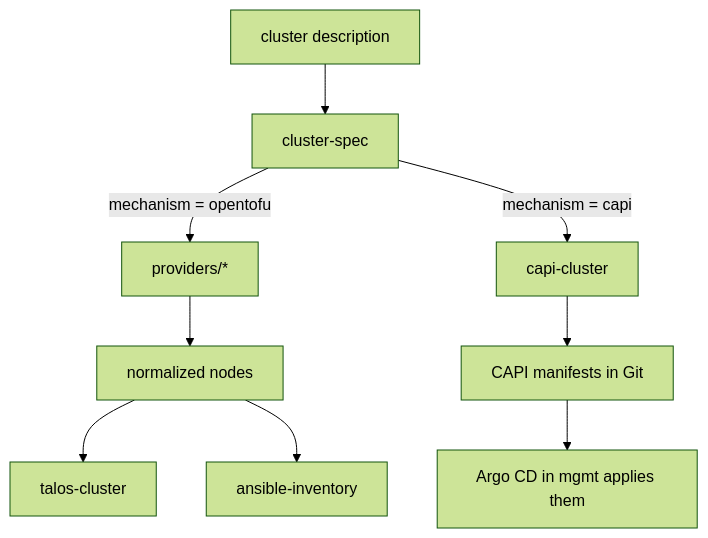
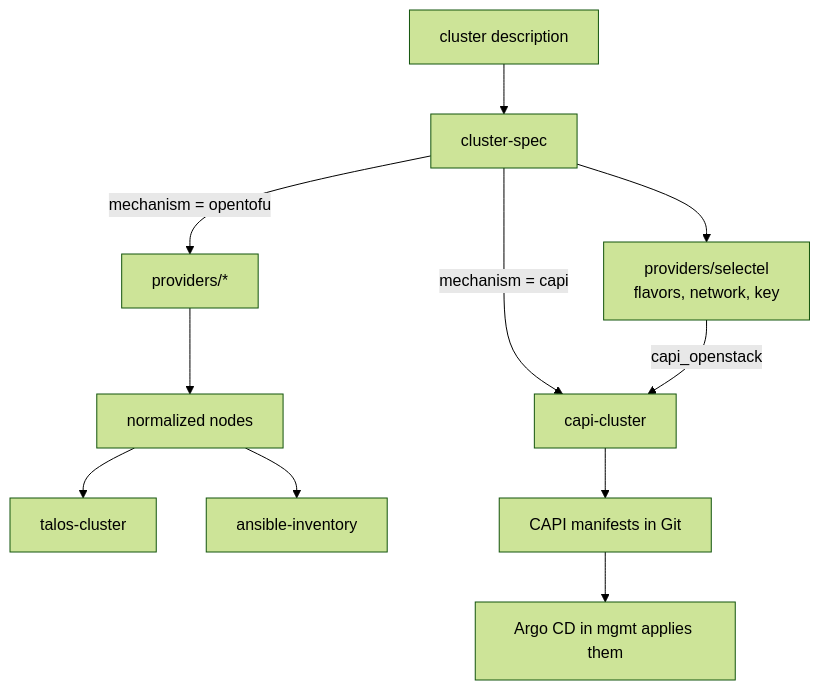
One commit to sogeor/modules changed the second of 3 diagrams in docs/architecture.md. Above: the diagram before and after it, drawn with Mermaid (forest theme). The commit also changed 18 other files, not shown here.

````diff
--- a/docs/architecture.md
+++ b/docs/architecture.md
@@ -41,11 +41,13 @@
 ```mermaid
 flowchart TB
   D[cluster description] --> S[cluster-spec]
   S -->|mechanism = opentofu| P[providers/*]
   S -->|mechanism = capi| C[capi-cluster]
+  S --> O[providers/selectel<br/>flavors, network, key]
+  O -->|capi_openstack| C
   P --> N[normalized nodes]
   N --> T[talos-cluster]
   N --> A[ansible-inventory]
   C --> M[CAPI manifests in Git]
   M --> R[Argo CD in mgmt applies them]
 ```
````
